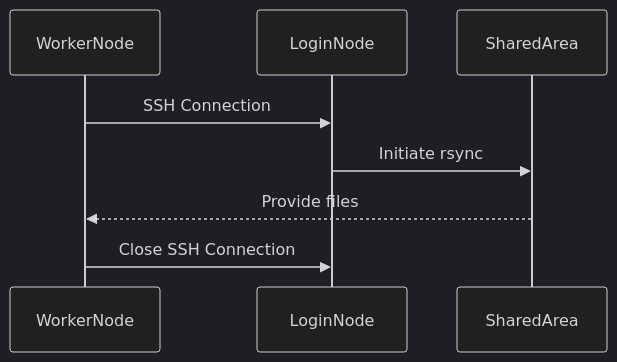
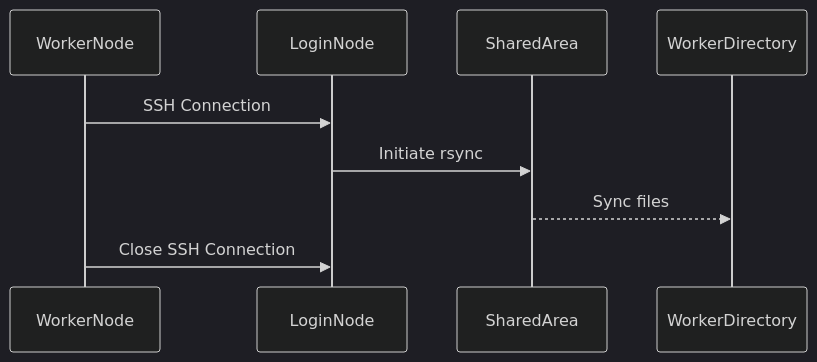
Before and after one commit to Carldkennedy/hpc_workflow_recipes: the diagram in README.md, drawn with Mermaid (dark theme).

Commit message:
Update mermaid

````diff
--- a/README.md
+++ b/README.md
@@ -68,7 +68,7 @@
 ```mermaid
 sequenceDiagram
     WorkerNode->>LoginNode: SSH Connection
     LoginNode->>SharedArea: Initiate rsync
-    SharedArea-->>WorkerNode: Provide files
+    SharedArea-->>WorkerDirectory: Sync files
     WorkerNode->>LoginNode: Close SSH Connection
 ```
````
